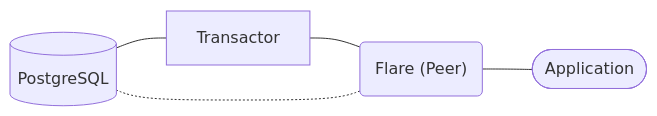
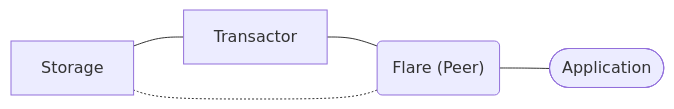
Before and after one commit to gbaptista/datomic-flare: the first of 7 diagrams in README.md, drawn with Mermaid. The commit also changed other lines of this file and 2 other files, not shown here.

````diff
--- a/README.md
+++ b/README.md
@@ -211,7 +211,7 @@
 ```mermaid
 graph RL
-    Transactor --- Storage[(PostgreSQL)]
+    Transactor --- Storage
     Flare("Flare (Peer)") -.- Storage
     Flare --- Transactor
     Application([Application]) --- Flare
 ```
````
